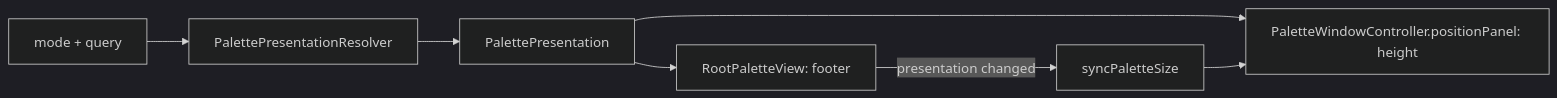
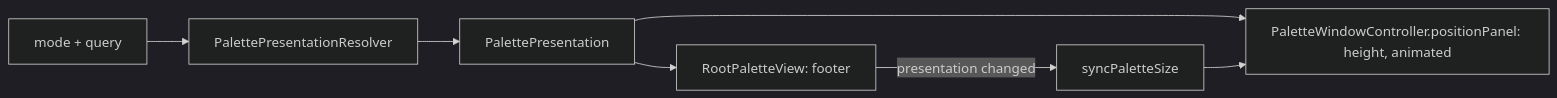
Before and after one commit to alexander-langolf/tinycast: the diagram in docs/features/palette-presentation.md, drawn with Mermaid (dark theme). The commit also changed other lines of this file and 2 other files, not shown here.

Commit message:
Docs: palette motion tokens, opt-in and hooks

````diff
--- a/docs/features/palette-presentation.md
+++ b/docs/features/palette-presentation.md
@@ -22,9 +23,9 @@
 ```mermaid
 flowchart LR
     Q[mode + query] --> R[PalettePresentationResolver]
     R --> P[PalettePresentation]
-    P --> W[PaletteWindowController.positionPanel: height]
+    P --> W[PaletteWindowController.positionPanel: height, animated]
     P --> V[RootPaletteView: footer]
     V -- presentation changed --> S[syncPaletteSize]
     S --> W
 ```
````
